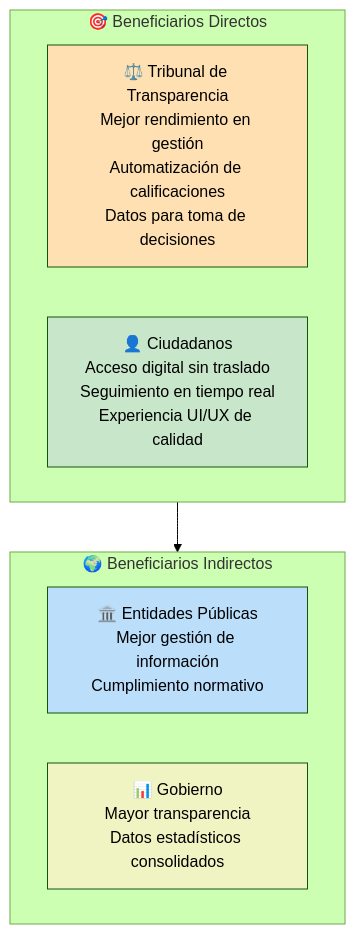
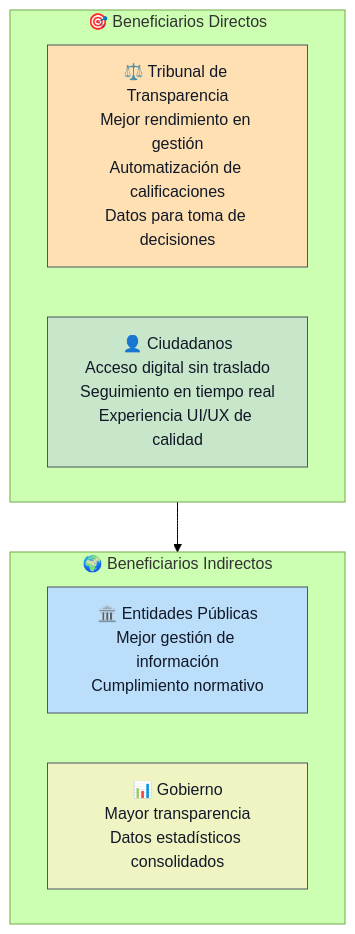
One commit to transparenciapublicadev/plataforma-saip-apelaciones changed the seventh of 7 diagrams in docs/src/content/docs/introduccion/contexto-proyecto.mdx. Above: the diagram before and after it, drawn with Mermaid (forest theme). The commit also changed other lines of this file and 4 other files, not shown here.

First line of the commit message:
✨ feat(docs): improve Mermaid contrast and add docs CI workflow

````diff
--- a/docs/src/content/docs/introduccion/contexto-proyecto.mdx
+++ b/docs/src/content/docs/introduccion/contexto-proyecto.mdx
@@ -318,19 +318,19 @@
 ```mermaid
 graph TD
     subgraph Directos["🎯 Beneficiarios Directos"]
         B1["⚖️ Tribunal de Transparencia<br/>Mejor rendimiento en gestión<br/>Automatización de calificaciones<br/>Datos para toma de decisiones"]
         B2["👤 Ciudadanos<br/>Acceso digital sin traslado<br/>Seguimiento en tiempo real<br/>Experiencia UI/UX de calidad"]
     end
     
     subgraph Indirectos["🌍 Beneficiarios Indirectos"]
         I1["🏛️ Entidades Públicas<br/>Mejor gestión de información<br/>Cumplimiento normativo"]
         I2["📊 Gobierno<br/>Mayor transparencia<br/>Datos estadísticos consolidados"]
     end
     
     Directos --> Indirectos
     
-    style B1 fill:#ffe0b2
-    style B2 fill:#c8e6c9
-    style I1 fill:#bbdefb
-    style I2 fill:#f0f4c3
+    style B1 fill:#ffe0b2,color:#111827,stroke:#4b5563,stroke-width:1px
+    style B2 fill:#c8e6c9,color:#111827,stroke:#4b5563,stroke-width:1px
+    style I1 fill:#bbdefb,color:#111827,stroke:#4b5563,stroke-width:1px
+    style I2 fill:#f0f4c3,color:#111827,stroke:#4b5563,stroke-width:1px
 ```
````
